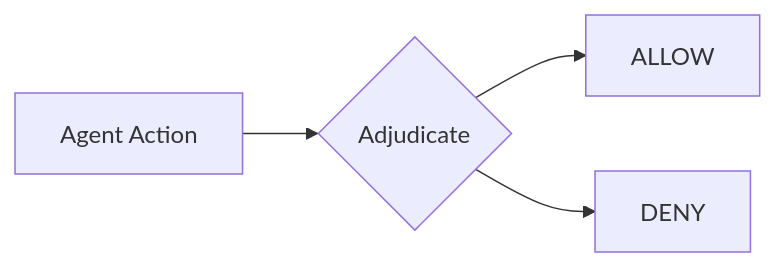
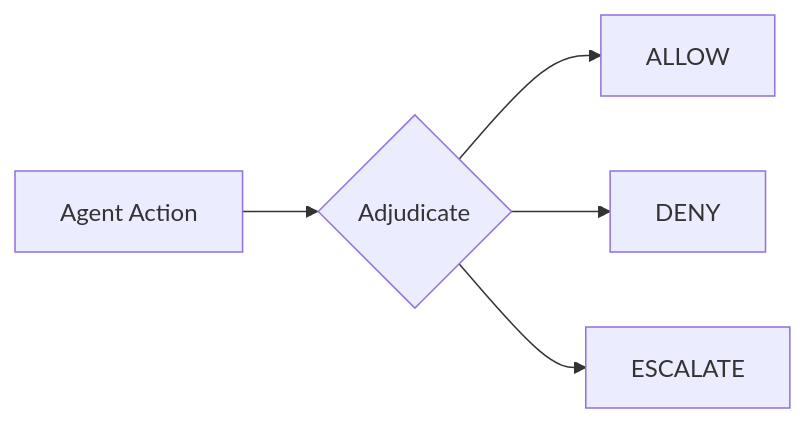
Before and after one commit to sondera-ai/sondera-harness-python: the diagram in docs/src/concepts/decisions.md, drawn with Mermaid. The commit also changed other lines of this file and 28 other files, not shown here.

````diff
--- a/docs/src/concepts/decisions.md
+++ b/docs/src/concepts/decisions.md
@@ -18,6 +18,7 @@
 ```mermaid
 flowchart LR
     A[Agent Action] --> B{Adjudicate}
     B --> C[ALLOW]
     B --> D[DENY]
+    B --> E[ESCALATE]
 ```
````
